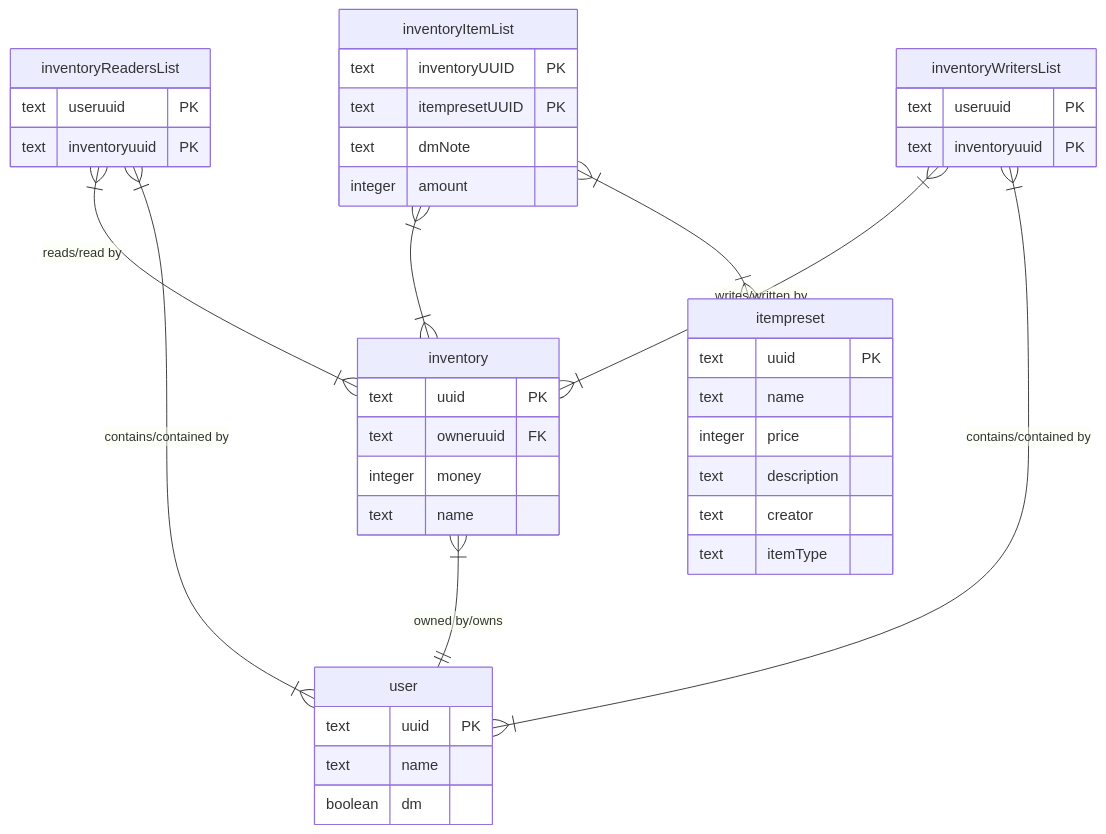
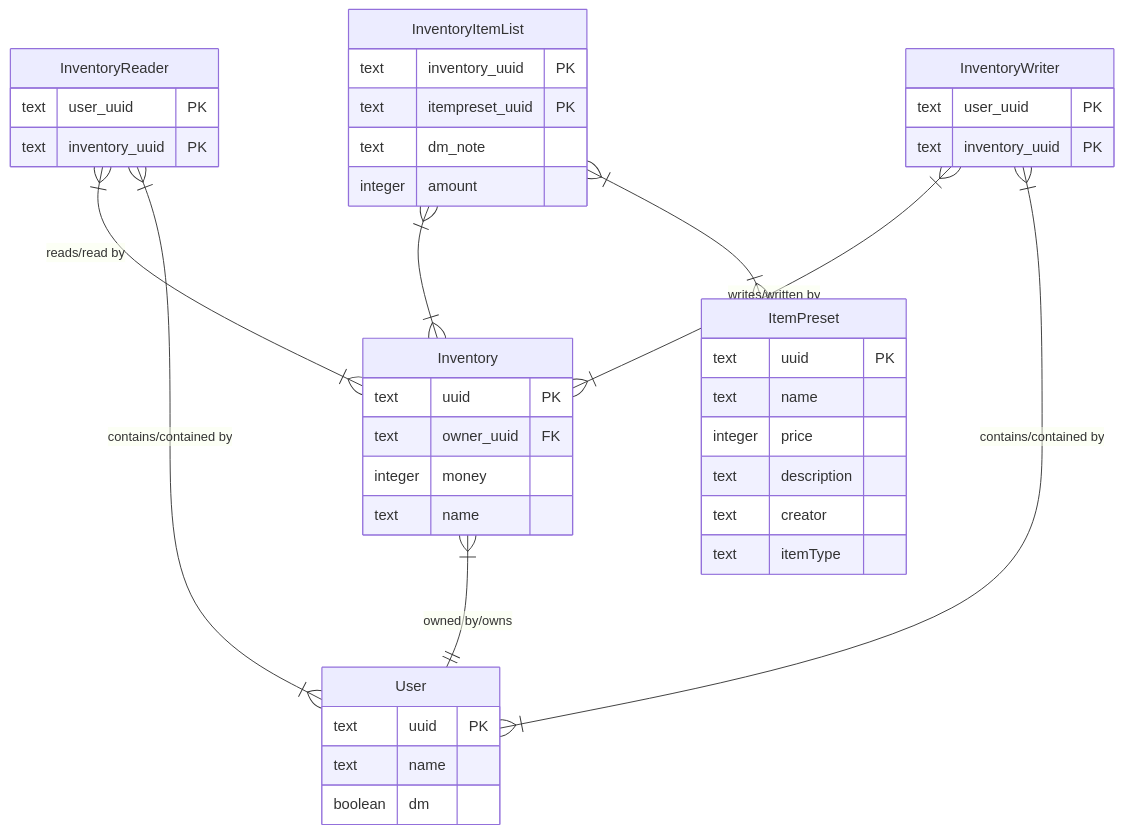
One commit to NamelessGroup/InventarWerk changed the second of 2 diagrams in README.md. Above: the diagram before and after it, drawn with Mermaid. The commit also changed 2 other files, not shown here.

Commit message:
refactored sql and database structure to match the naming conventions of rust Pascal Case for classes and snake case for others

````diff
--- a/README.md
+++ b/README.md
@@ -119,45 +119,51 @@
 ```mermaid
 
 erDiagram
-    inventory {
+    Inventory 1+--1 User: "owned by/owns"
+    
+    Inventory {
         text uuid PK
-        text owneruuid FK
+        text owner_uuid FK
         integer money
         text name
     }
-    inventory 1+--1 user: "owned by/owns"
-    inventoryReadersList {
-        text useruuid PK
-        text inventoryuuid PK
+
+    InventoryReader 1+--1+ Inventory: "reads/read by"
+    InventoryReader 1+--1+ User: "contains/contained by"
+
+    InventoryReader {
+        text user_uuid PK
+        text inventory_uuid PK
     }
-    inventoryReadersList 1+--1+ inventory: "reads/read by"
-    inventoryReadersList 1+--1+ user: "contains/contained by"
-    inventoryWritersList {
-        text useruuid PK
-        text inventoryuuid PK
+    
+    InventoryWriter 1+--1+ Inventory: "writes/written by"
+    InventoryWriter 1+--1+ User: "contains/contained by"
+
+    InventoryWriter {
+        text user_uuid PK
+        text inventory_uuid PK
     }
-    inventoryWritersList 1+--1+ inventory: "writes/written by"
-    inventoryWritersList 1+--1+ user: "contains/contained by"
-    
-    itempreset {
+
+
+    ItemPreset {
         text uuid PK
         text name
         integer price
         text description
         text creator
         text itemType
     }
-    user {
+    User {
         text uuid PK
         text name
         boolean dm
     }
-    inventoryItemList 1+--1+ inventory: ""
-    inventoryItemList 1+--1+ itempreset: ""
-    inventoryItemList {
-        text inventoryUUID PK
-        text itempresetUUID PK
-        text dmNote
+    InventoryItemList 1+--1+ Inventory: ""
+    InventoryItemList 1+--1+ ItemPreset: ""
+    InventoryItemList {
+        text inventory_uuid PK
+        text itempreset_uuid PK
+        text dm_note
         integer amount
     }
 ```
````
